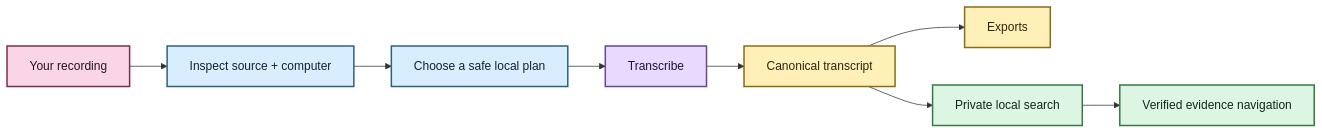
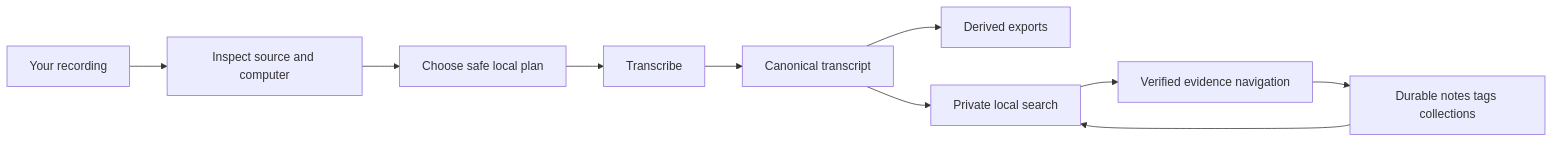
The first of 2 diagrams in docs/getting-started.md (SSD1805/EchoFlow), drawn with Mermaid before and after one commit. The commit also changed other lines of this file, not shown here.

````diff
--- a/docs/getting-started.md
+++ b/docs/getting-started.md
@@ -19,22 +16,12 @@
 ```mermaid
 flowchart LR
-    A[Your recording] --> B[Inspect source + computer]
-    B --> C[Choose a safe local plan]
+    A[Your recording] --> B[Inspect source and computer]
+    B --> C[Choose safe local plan]
     C --> D[Transcribe]
     D --> E[Canonical transcript]
-    E --> F[Exports]
+    E --> F[Derived exports]
     E --> G[Private local search]
     G --> H[Verified evidence navigation]
-
-    classDef evidence fill:#F9D5E5,stroke:#7B2E52,stroke-width:2px,color:#22151B
-    classDef compute fill:#D8EEFF,stroke:#2E617B,stroke-width:2px,color:#12222A
-    classDef process fill:#E8D9FF,stroke:#68469B,stroke-width:2px,color:#1F1630
-    classDef publish fill:#FFF0B8,stroke:#8A6B18,stroke-width:2px,color:#2C260F
-    classDef result fill:#DDF5E3,stroke:#347A46,stroke-width:2px,color:#142719
-
-    class A evidence
-    class B,C compute
-    class D process
-    class E,F publish
-    class G,H result
+    H --> I[Durable notes tags collections]
+    I --> G
 ```
````
